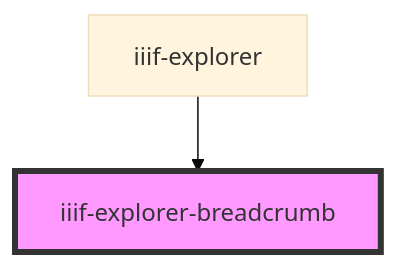
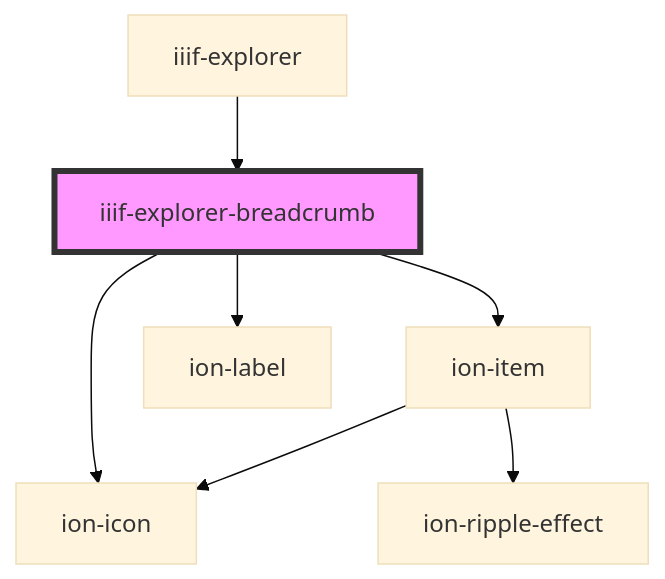
The diagram in src/components/iiif-explorer-breadcrumb/readme.md (UniversalViewer/iiif-explorer), drawn with Mermaid (base theme) before and after one commit. The commit also changed other lines of this file and 8 other files, not shown here.

````diff
--- a/src/components/iiif-explorer-breadcrumb/readme.md
+++ b/src/components/iiif-explorer-breadcrumb/readme.md
@@ -29,5 +38,10 @@
 ```mermaid
 graph TD;
+  iiif-explorer-breadcrumb --> ion-item
+  iiif-explorer-breadcrumb --> ion-icon
+  iiif-explorer-breadcrumb --> ion-label
+  ion-item --> ion-icon
+  ion-item --> ion-ripple-effect
   iiif-explorer --> iiif-explorer-breadcrumb
   style iiif-explorer-breadcrumb fill:#f9f,stroke:#333,stroke-width:4px
 ```
````
